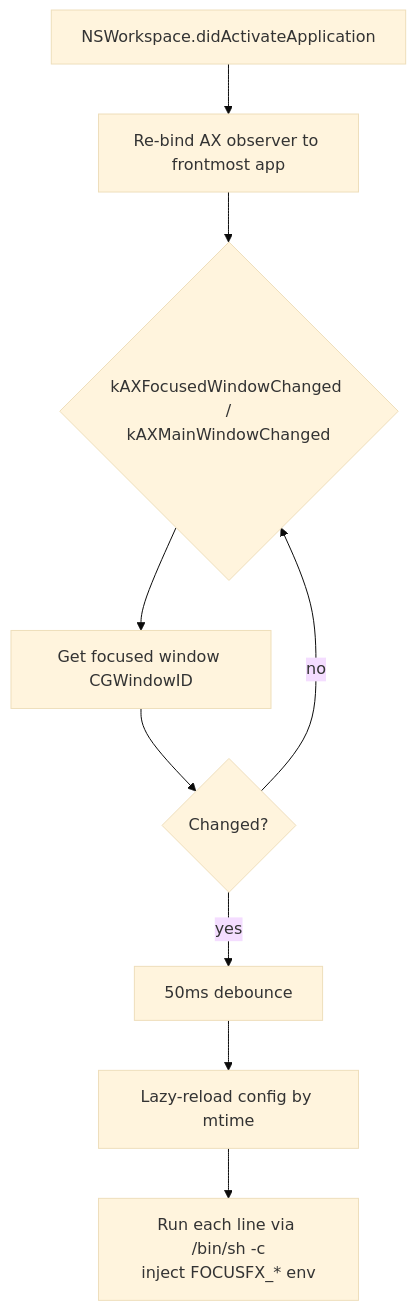
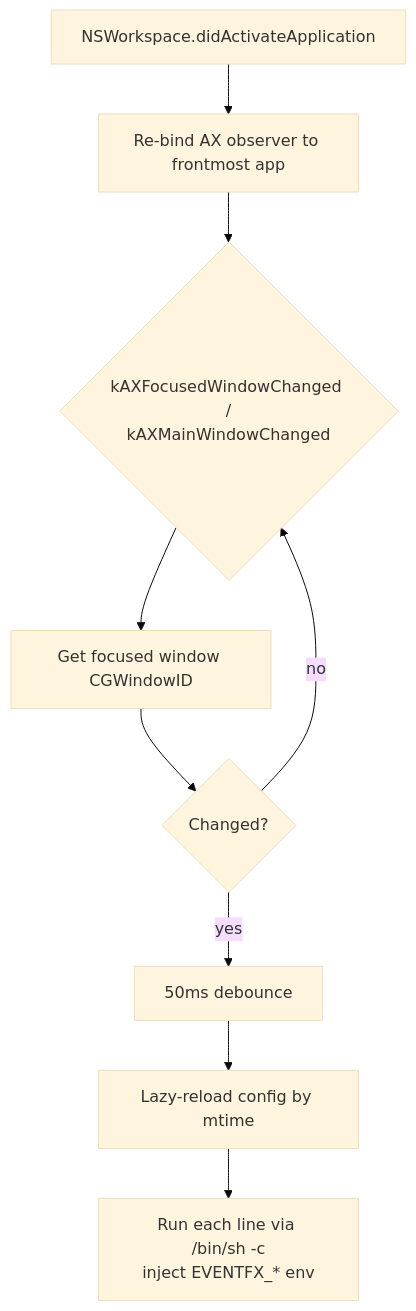
One commit to akira-toriyama/eventfx changed the diagram in README.md. Above: the diagram before and after it, drawn with Mermaid (base theme). The commit also changed other lines of this file and 13 other files, not shown here.

First line of the commit message:
:wrench: chore: rename focusfx → eventfx (broaden to general event broker)

````diff
--- a/README.md
+++ b/README.md
@@ -25,11 +25,11 @@
 ```mermaid
 flowchart TD
     A[NSWorkspace.didActivateApplication] --> B[Re-bind AX observer to frontmost app]
     B --> C{kAXFocusedWindowChanged /<br/>kAXMainWindowChanged}
     C --> D[Get focused window CGWindowID]
     D --> E{Changed?}
     E -- no --> C
     E -- yes --> F[50ms debounce]
     F --> G[Lazy-reload config by mtime]
-    G --> H[Run each line via /bin/sh -c<br/>inject FOCUSFX_* env]
+    G --> H[Run each line via /bin/sh -c<br/>inject EVENTFX_* env]
 ```
````
